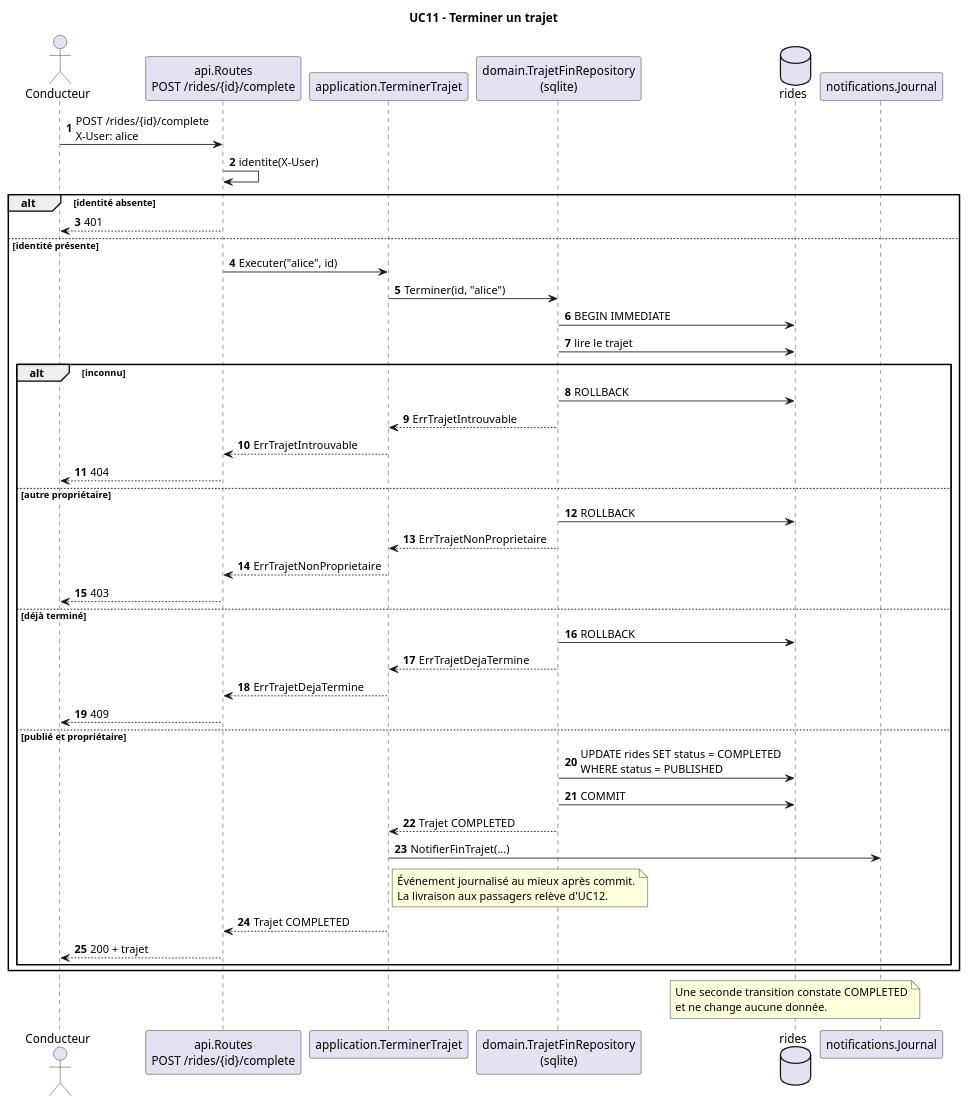
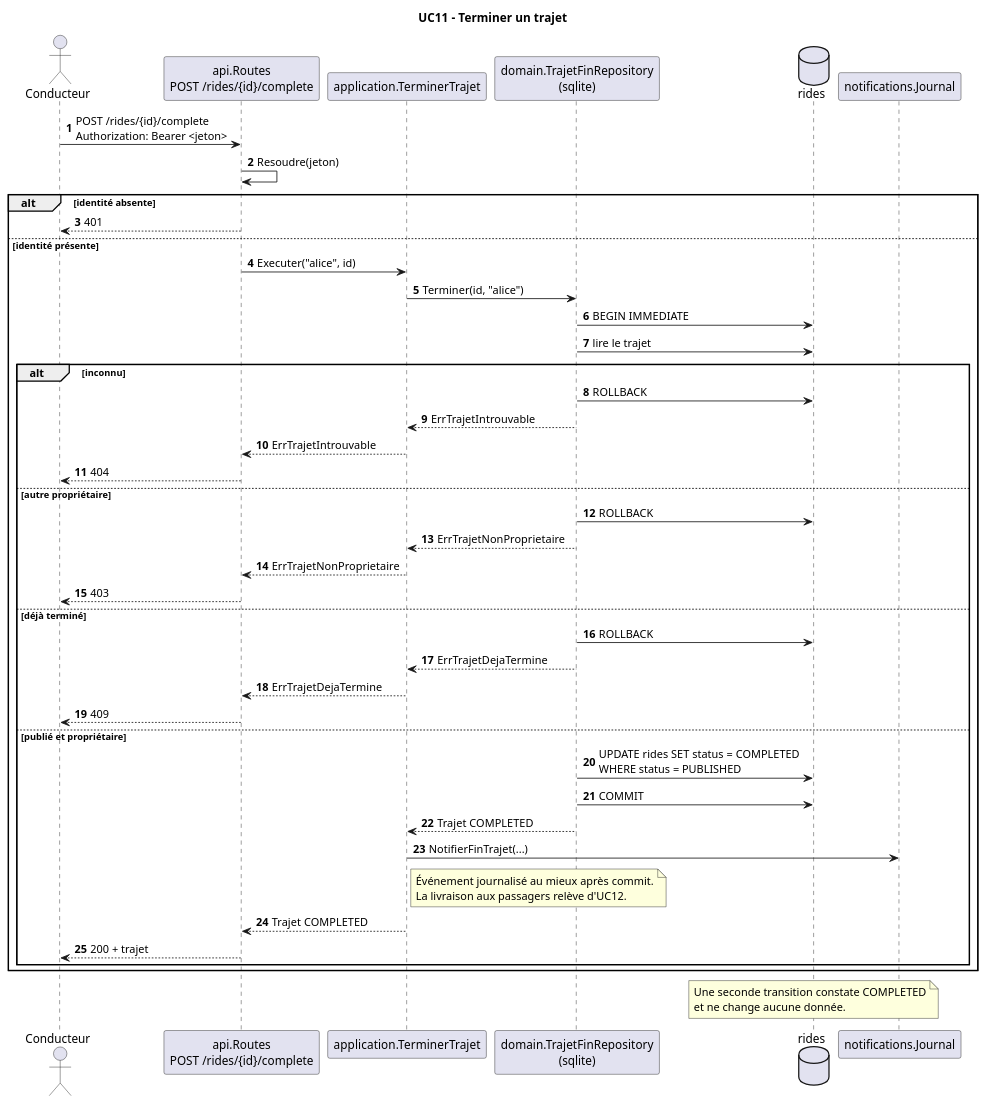
The diagram in docs/uml/uc11-sequence.puml (alaa-ilehi/Wasalni), drawn with PlantUML before and after one commit. The commit also changed 45 other files, not shown here.

```diff
--- a/docs/uml/uc11-sequence.puml
+++ b/docs/uml/uc11-sequence.puml
@@ -1,54 +1,54 @@
 @startuml uc11-sequence
 title UC11 - Terminer un trajet
 autonumber
 
 actor "Conducteur" as Conducteur
 participant "api.Routes\nPOST /rides/{id}/complete" as API
 participant "application.TerminerTrajet" as UC
 participant "domain.TrajetFinRepository\n(sqlite)" as Trajets
 database "rides" as DB
 participant "notifications.Journal" as Notif
 
-Conducteur -> API : POST /rides/{id}/complete\nX-User: alice
-API -> API : identite(X-User)
+Conducteur -> API : POST /rides/{id}/complete\nAuthorization: Bearer <jeton>
+API -> API : Resoudre(jeton)
 alt identité absente
   API --> Conducteur : 401
 else identité présente
   API -> UC : Executer("alice", id)
   UC -> Trajets : Terminer(id, "alice")
   Trajets -> DB : BEGIN IMMEDIATE
   Trajets -> DB : lire le trajet
   alt inconnu
     Trajets -> DB : ROLLBACK
     Trajets --> UC : ErrTrajetIntrouvable
     UC --> API : ErrTrajetIntrouvable
     API --> Conducteur : 404
   else autre propriétaire
     Trajets -> DB : ROLLBACK
     Trajets --> UC : ErrTrajetNonProprietaire
     UC --> API : ErrTrajetNonProprietaire
     API --> Conducteur : 403
   else déjà terminé
     Trajets -> DB : ROLLBACK
     Trajets --> UC : ErrTrajetDejaTermine
     UC --> API : ErrTrajetDejaTermine
     API --> Conducteur : 409
   else publié et propriétaire
     Trajets -> DB : UPDATE rides SET status = COMPLETED\nWHERE status = PUBLISHED
     Trajets -> DB : COMMIT
     Trajets --> UC : Trajet COMPLETED
     UC -> Notif : NotifierFinTrajet(...)
     note right of UC
       Événement journalisé au mieux après commit.
       La livraison aux passagers relève d'UC12.
     end note
     UC --> API : Trajet COMPLETED
     API --> Conducteur : 200 + trajet
   end
 end
 
 note over DB
   Une seconde transition constate COMPLETED
   et ne change aucune donnée.
 end note
 @enduml
```
